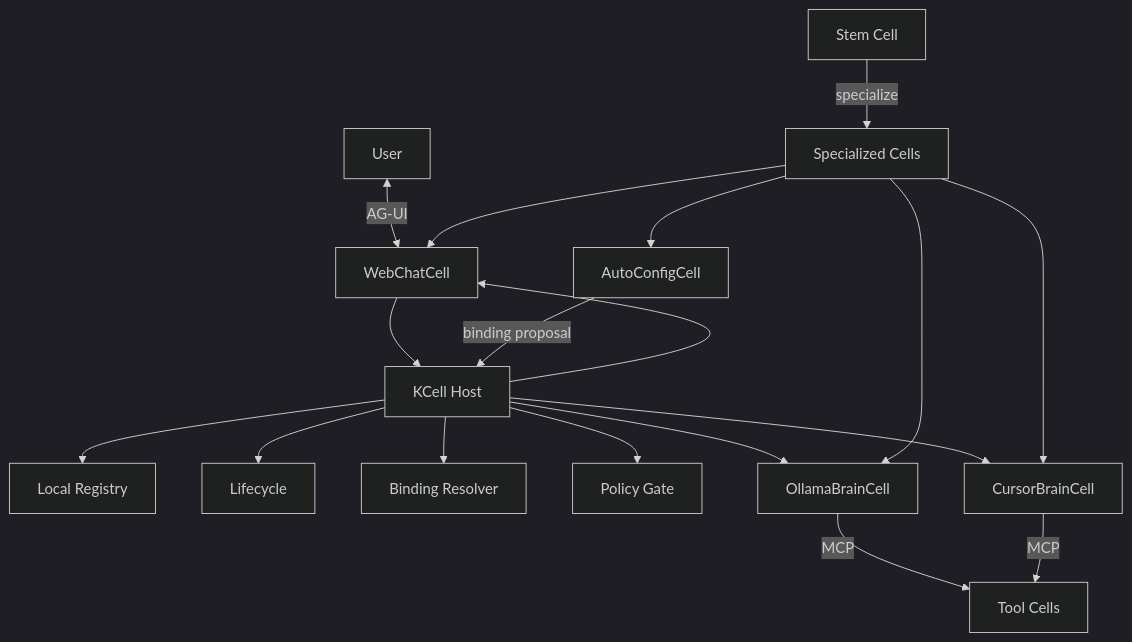
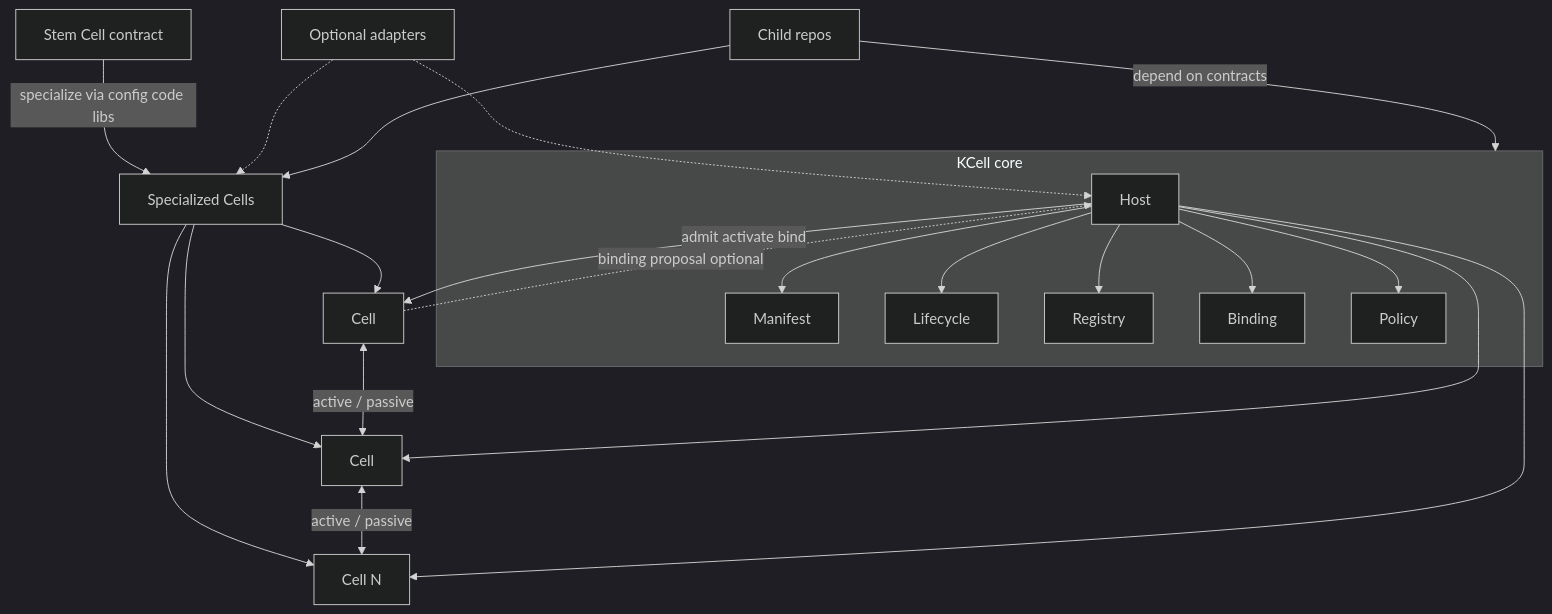
The diagram in README.md (kataro92/KCell), drawn with Mermaid (dark theme) before and after one commit. The commit also changed other lines of this file and 1 other file, not shown here.

Commit message:
Generalize high-level architecture around the core Cell.
Keep the README and diagram focused on the Host kernel and open-ended Specialized Cells instead of demo product roles.

````diff
--- a/README.md
+++ b/README.md
@@ -23,20 +25,30 @@
 ```mermaid
 flowchart TB
-    User[User] <-->|AG-UI| WebCell[WebChatCell]
-    WebCell --> Host[KCell Host]
-    AutoConfig[AutoConfigCell] -->|binding proposal| Host
-    Host --> Registry[Local Registry]
-    Host --> Lifecycle[Lifecycle]
-    Host --> Binding[Binding Resolver]
-    Host --> Policy[Policy Gate]
-    Host --> BrainO[OllamaBrainCell]
-    Host --> BrainC[CursorBrainCell]
-    Host --> WebCell
-    BrainO -->|MCP| Tools[Tool Cells]
-    BrainC -->|MCP| Tools
-    Stem[Stem Cell] -->|specialize| Specialized[Specialized Cells]
-    Specialized --> BrainO
-    Specialized --> WebCell
-    Specialized --> AutoConfig
-    Specialized --> BrainC
+    subgraph core [KCell core]
+        Host[Host]
+        Host --> Manifest[Manifest]
+        Host --> Lifecycle[Lifecycle]
+        Host --> Registry[Registry]
+        Host --> Binding[Binding]
+        Host --> Policy[Policy]
+    end
+
+    Stem[Stem Cell contract] -->|specialize via config code libs| Spec[Specialized Cells]
+    Spec --> CellA[Cell]
+    Spec --> CellB[Cell]
+    Spec --> CellN[Cell N]
+
+    CellA <-->|active / passive| CellB
+    CellB <-->|active / passive| CellN
+
+    Host -->|admit activate bind| CellA
+    Host --> CellB
+    Host --> CellN
+
+    CellA -.->|binding proposal optional| Host
+
+    Adapters[Optional adapters] -.-> Host
+    Adapters -.-> Spec
+    childRepos[Child repos] -->|depend on contracts| core
+    childRepos --> Spec
 ```
````
